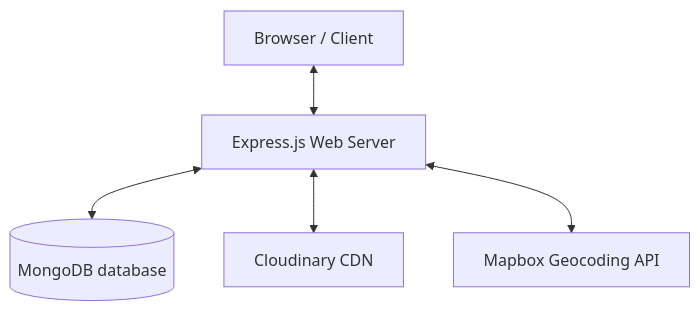
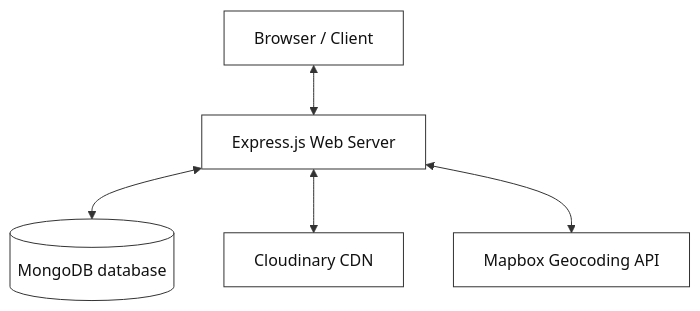
One commit to fearlessfreakk/yelpCamp---Learn-WebDev changed the first of 6 diagrams in PROJECT_ARCHITECTURE.md. Above: the diagram before and after it, drawn with Mermaid. The commit also changed other lines of this file, not shown here.

Commit message:
Set white background and increase font size for all architecture diagrams

````diff
--- a/PROJECT_ARCHITECTURE.md
+++ b/PROJECT_ARCHITECTURE.md
@@ -13,7 +13,8 @@
 ```mermaid
-graph TD
-    Client[Browser / Client] <--> Express[Express.js Web Server]
-    Express <--> MongoDB[(MongoDB database)]
-    Express <--> Cloudinary[Cloudinary CDN]
-    Express <--> Mapbox[Mapbox Geocoding API]
+%%{init: {'theme': 'base', 'themeVariables': {'fontSize': '16px', 'fontFamily': 'Arial, sans-serif', 'primaryColor': '#ffffff', 'primaryTextColor': '#111111', 'primaryBorderColor': '#333333', 'lineColor': '#333333', 'tertiaryColor': '#ffffff', 'mainBkg': '#ffffff', 'nodeBorder': '#333333'}}}%%
+flowchart TD
+    Client["Browser / Client"] <--> Express["Express.js Web Server"]
+    Express <--> MongoDB[("MongoDB database")]
+    Express <--> Cloudinary["Cloudinary CDN"]
+    Express <--> Mapbox["Mapbox Geocoding API"]
 ```
````
